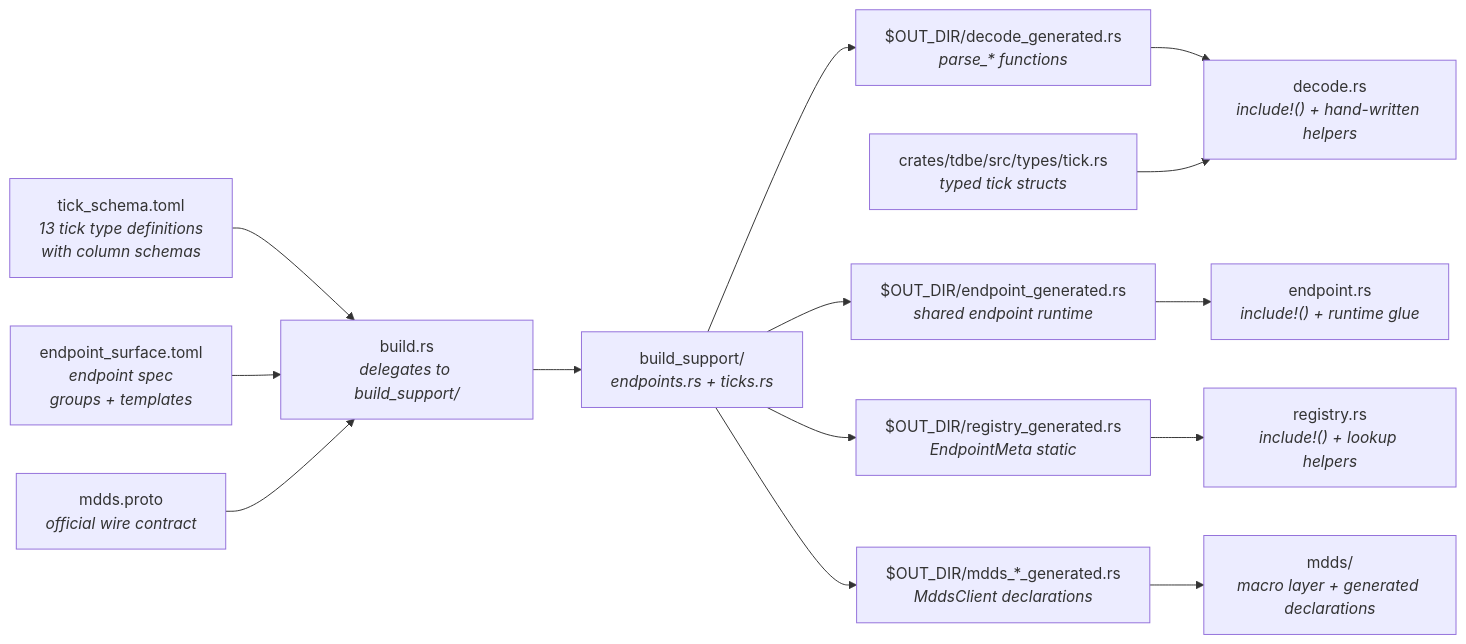
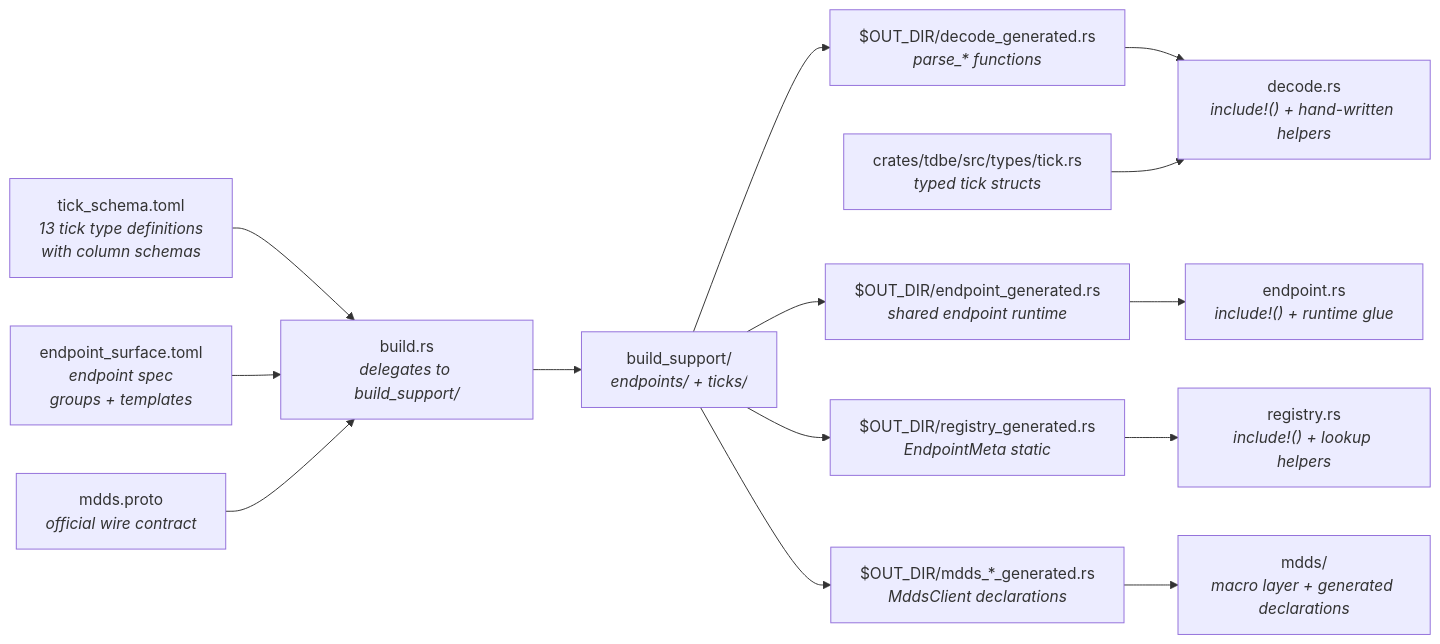
One commit to userFRM/ThetaDataDx changed the sixth of 15 diagrams in docs/architecture.md. Above: the diagram before and after it, drawn with Mermaid. The commit also changed other lines of this file and 18 other files, not shown here.

````diff
--- a/docs/architecture.md
+++ b/docs/architecture.md
@@ -161,31 +161,31 @@
 ```mermaid
 flowchart LR
     TOML["tick_schema.toml<br/><i>13 tick type definitions<br/>with column schemas</i>"]
     SURFACE["endpoint_surface.toml<br/><i>endpoint spec<br/>groups + templates</i>"]
     PROTO["mdds.proto<br/><i>official wire contract</i>"]
     BUILD["build.rs<br/><i>delegates to build_support/</i>"]
-    SUPPORT["build_support/<br/><i>endpoints.rs + ticks.rs</i>"]
+    SUPPORT["build_support/<br/><i>endpoints/ + ticks/</i>"]
     PARSERS["$OUT_DIR/decode_generated.rs<br/><i>parse_* functions</i>"]
     RUNTIME["$OUT_DIR/endpoint_generated.rs<br/><i>shared endpoint runtime</i>"]
     REGISTRY_GEN["$OUT_DIR/registry_generated.rs<br/><i>EndpointMeta static</i>"]
     DIRECT_GEN["$OUT_DIR/mdds_*_generated.rs<br/><i>MddsClient declarations</i>"]
     TICK["crates/tdbe/src/types/tick.rs<br/><i>typed tick structs</i>"]
     DECODE["decode.rs<br/><i>include!() + hand-written helpers</i>"]
     ENDPOINT["endpoint.rs<br/><i>include!() + runtime glue</i>"]
     REGISTRY["registry.rs<br/><i>include!() + lookup helpers</i>"]
     DIRECT["mdds/<br/><i>macro layer + generated declarations</i>"]
 
     TOML --> BUILD
     SURFACE --> BUILD
     PROTO --> BUILD
     BUILD --> SUPPORT
     SUPPORT --> PARSERS
     SUPPORT --> RUNTIME
     SUPPORT --> REGISTRY_GEN
     SUPPORT --> DIRECT_GEN
     PARSERS --> DECODE
     TICK --> DECODE
     RUNTIME --> ENDPOINT
     REGISTRY_GEN --> REGISTRY
     DIRECT_GEN --> DIRECT
 ```
````
